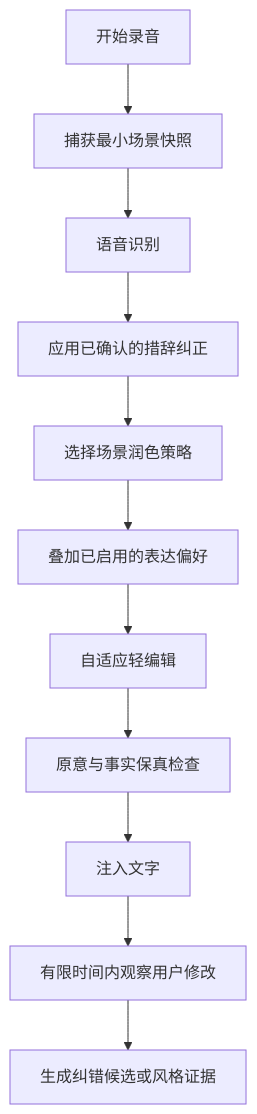
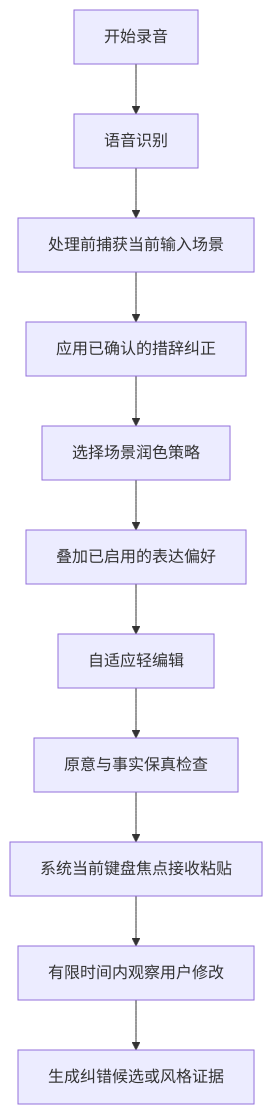
The diagram in docs/features/intelli-sense/product-design.md (joewongjc/type4me), drawn with Mermaid before and after one commit. The commit also changed other lines of this file and 4 other files, not shown here.

````diff
--- a/docs/features/intelli-sense/product-design.md
+++ b/docs/features/intelli-sense/product-design.md
@@ -344,13 +344,13 @@
 ```mermaid
 flowchart TD
-    A[开始录音] --> B[捕获最小场景快照]
-    B --> C[语音识别]
-    C --> D[应用已确认的措辞纠正]
+    A[开始录音] --> C[语音识别]
+    C --> B[处理前捕获当前输入场景]
+    B --> D[应用已确认的措辞纠正]
     D --> E[选择场景润色策略]
     E --> F[叠加已启用的表达偏好]
     F --> G[自适应轻编辑]
     G --> H[原意与事实保真检查]
-    H --> I[注入文字]
+    H --> I[系统当前键盘焦点接收粘贴]
     I --> J[有限时间内观察用户修改]
     J --> K[生成纠错候选或风格证据]
 ```
````
